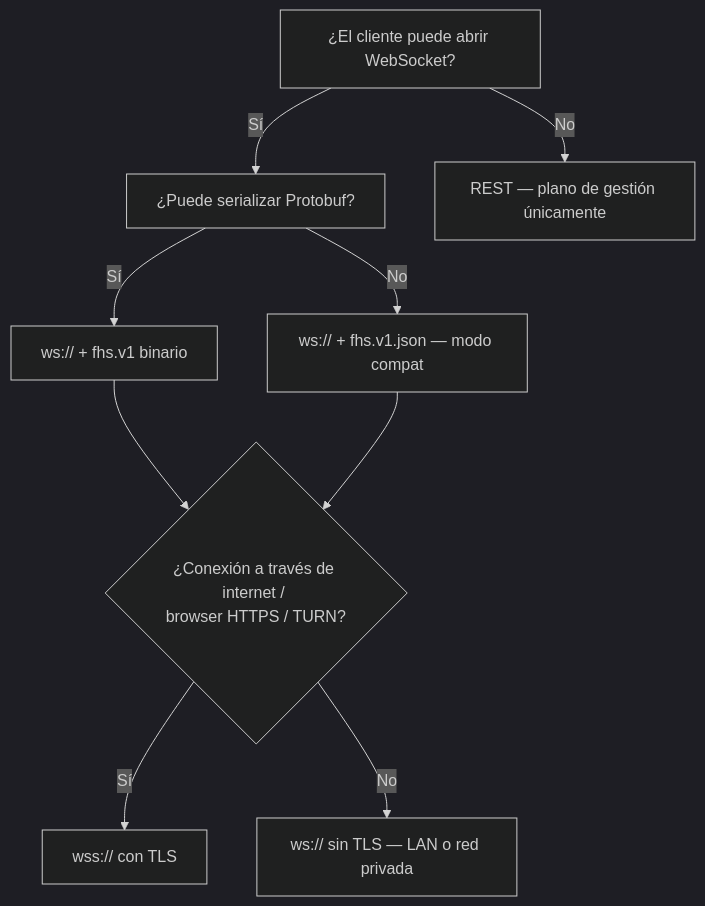
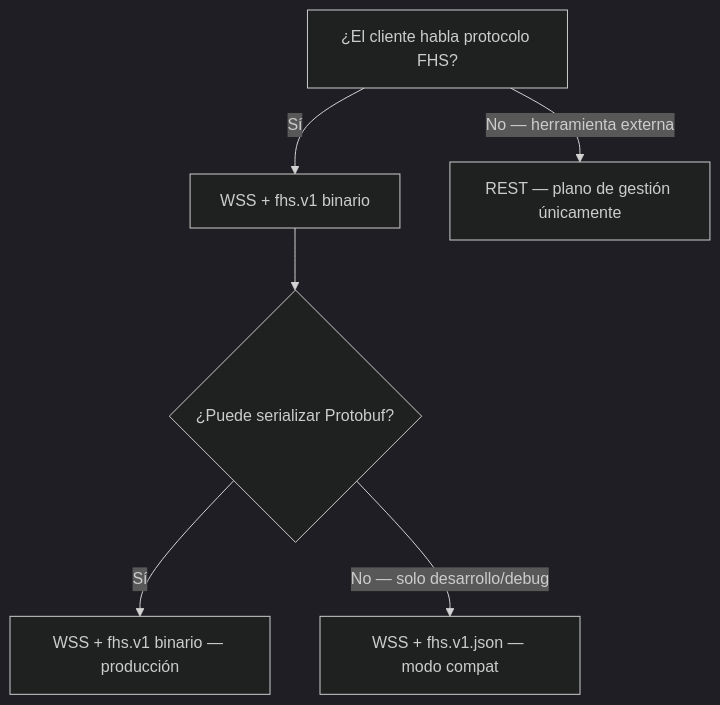
Before and after one commit to rafex/galaxIA: the diagram in protocol/transport.md, drawn with Mermaid (dark theme). The commit also changed other lines of this file and 13 other files, not shown here.

First line of the commit message:
chore(protocol): mandar WSS obligatorio en todo el protocolo FHS

````diff
--- a/protocol/transport.md
+++ b/protocol/transport.md
@@ -70,11 +91,8 @@
 ```mermaid
 flowchart TD
-    A[¿El cliente puede abrir WebSocket?] -->|Sí| B[¿Puede serializar Protobuf?]
-    A -->|No| Z[REST — plano de gestión únicamente]
-    B -->|Sí| C[ws:// + fhs.v1 binario]
-    B -->|No| D[ws:// + fhs.v1.json — modo compat]
-    C --> E{¿Conexión a través de internet / \nbrowser HTTPS / TURN?}
-    D --> E
-    E -->|Sí| F[wss:// con TLS]
-    E -->|No| G[ws:// sin TLS — LAN o red privada]
+    A[¿El cliente habla protocolo FHS?] -->|Sí| B[WSS + fhs.v1 binario]
+    A -->|No — herramienta externa| Z[REST — plano de gestión únicamente]
+    B --> C{¿Puede serializar Protobuf?}
+    C -->|Sí| D[WSS + fhs.v1 binario — producción]
+    C -->|No — solo desarrollo/debug| E[WSS + fhs.v1.json — modo compat]
 ```
````
